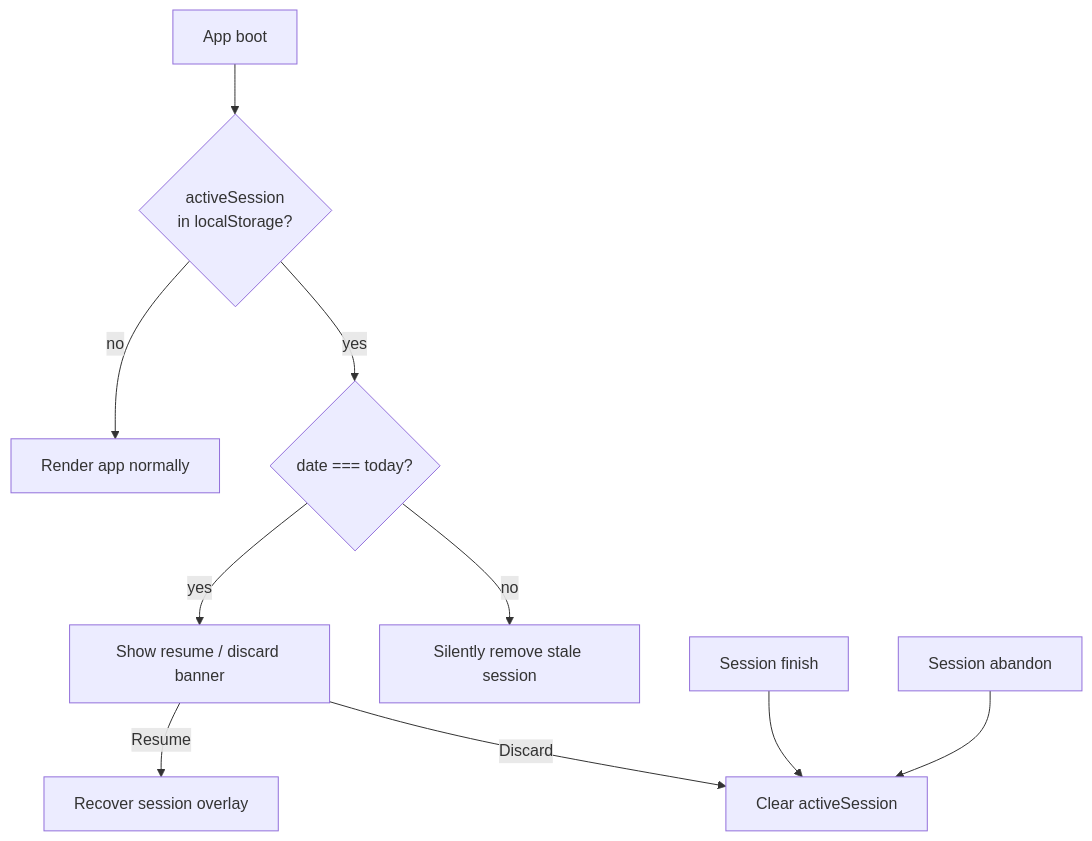
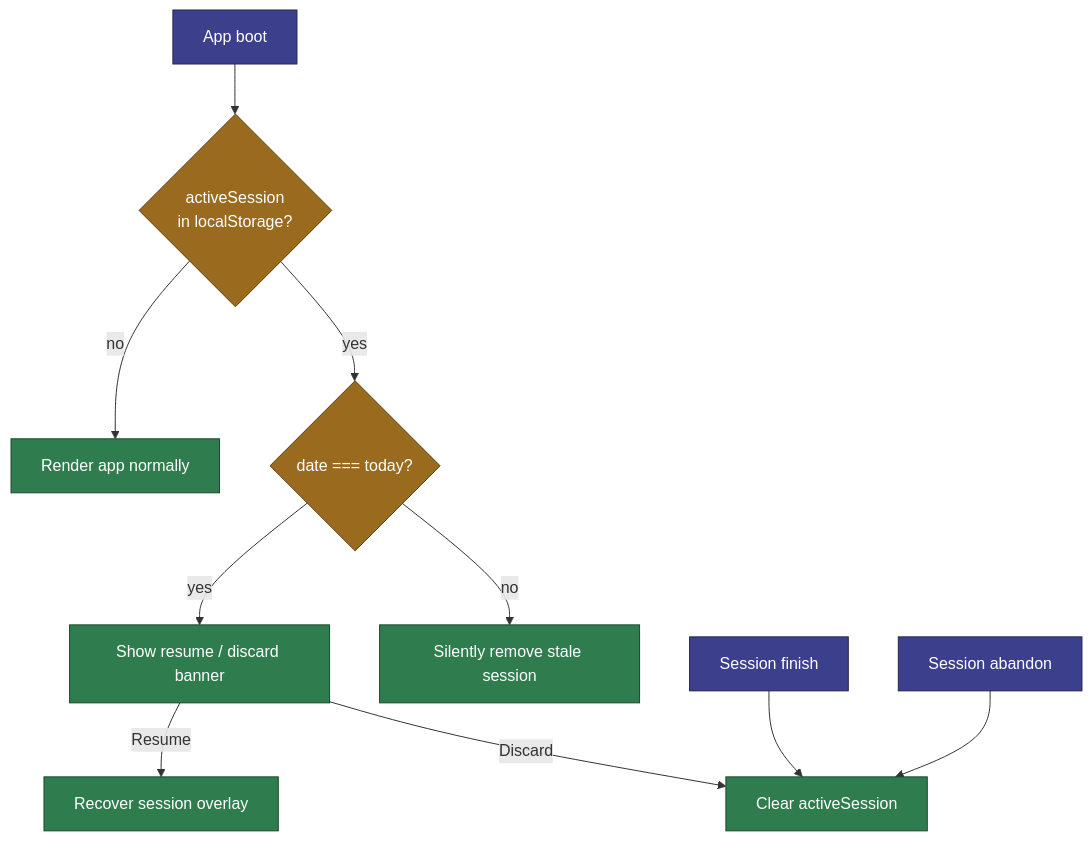
Before and after one commit to jermbo/CosmicWorkOut: the second of 2 diagrams in docs/architecture/offline-strategy.md, drawn with Mermaid. The commit also changed other lines of this file and 132 other files, not shown here.

````diff
--- a/docs/architecture/offline-strategy.md
+++ b/docs/architecture/offline-strategy.md
@@ -62,12 +69,19 @@
 ```mermaid
 flowchart TD
     Boot[App boot] --> Check{activeSession<br/>in localStorage?}
     Check -->|no| Ready[Render app normally]
     Check -->|yes| Today{date === today?}
     Today -->|yes| Banner[Show resume / discard banner]
     Today -->|no| Discard[Silently remove stale session]
     Banner -->|Resume| Restore[Recover session overlay]
     Banner -->|Discard| Clear[Clear activeSession]
     Finish[Session finish] --> Clear
     Abandon[Session abandon] --> Clear
+
+    classDef start fill:#3b3f8c,stroke:#23264f,color:#ffffff;
+    classDef decision fill:#9a6a1f,stroke:#5c3f12,color:#ffffff;
+    classDef done fill:#2f7d4f,stroke:#1a472d,color:#ffffff;
+    class Boot,Finish,Abandon start;
+    class Check,Today decision;
+    class Ready,Banner,Restore,Clear,Discard done;
 ```
````
